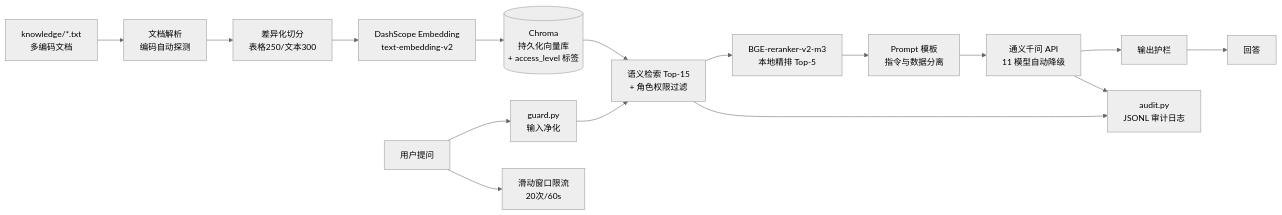
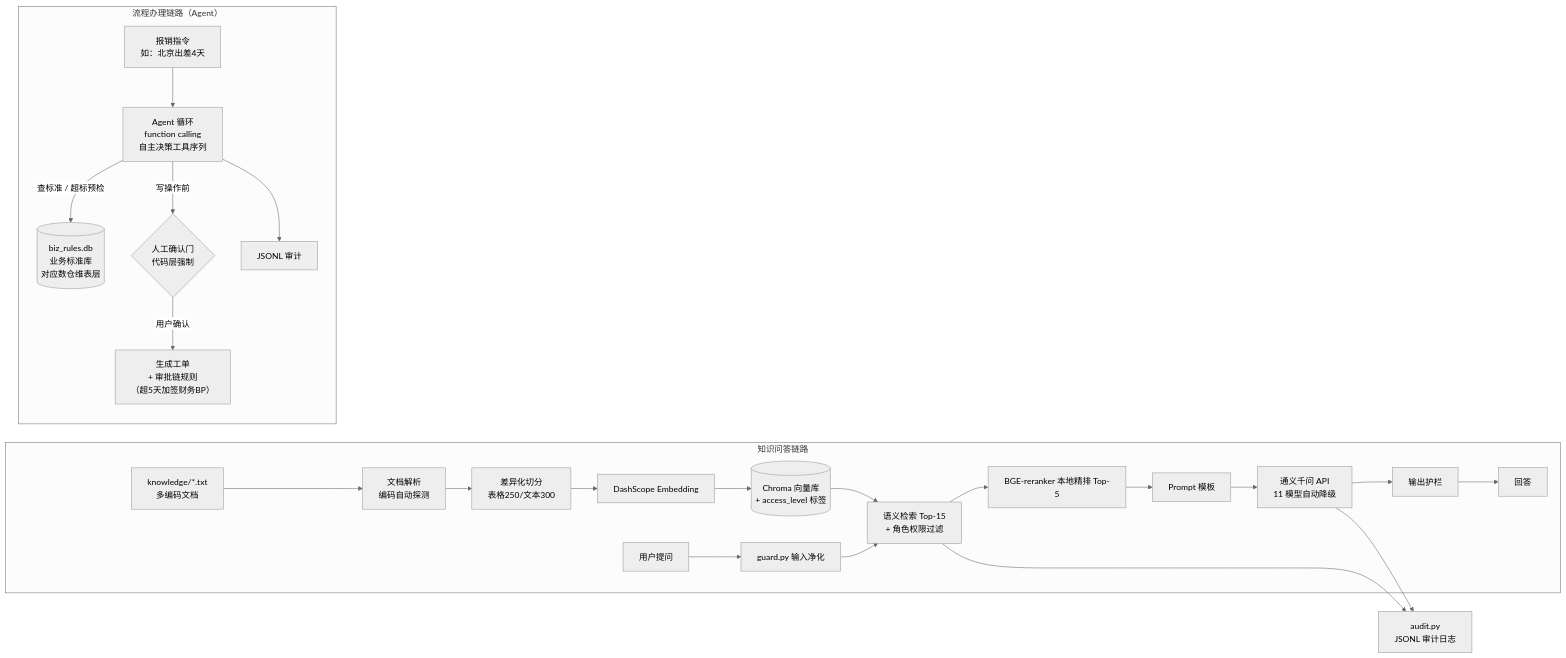
The diagram in README.md (qinkunda/finance-rag-agent), drawn with Mermaid (neutral theme) before and after one commit. The commit also changed other lines of this file, not shown here.

Commit message:
rename: finance-rag-agent; README架构图新增Agent链路

````diff
--- a/README.md
+++ b/README.md
@@ -20,18 +20,27 @@
 ```mermaid
 flowchart LR
-    A[knowledge/*.txt<br/>多编码文档] --> B[文档解析<br/>编码自动探测]
-    B --> C[差异化切分<br/>表格250/文本300]
-    C --> D[DashScope Embedding<br/>text-embedding-v2]
-    D --> E[(Chroma<br/>持久化向量库<br/>+ access_level 标签)]
-    Q[用户提问] --> G[guard.py<br/>输入净化]
-    G --> R[语义检索 Top-15<br/>+ 角色权限过滤]
-    E --> R
-    R --> N[BGE-reranker-v2-m3<br/>本地精排 Top-5]
-    N --> P[Prompt 模板<br/>指令与数据分离]
-    P --> L[通义千问 API<br/>11 模型自动降级]
-    L --> V[输出护栏]
-    V --> O[回答]
+    subgraph RAG["知识问答链路"]
+        A[knowledge/*.txt<br/>多编码文档] --> B[文档解析<br/>编码自动探测]
+        B --> C[差异化切分<br/>表格250/文本300]
+        C --> D[DashScope Embedding]
+        D --> E[(Chroma 向量库<br/>+ access_level 标签)]
+        Q[用户提问] --> G[guard.py 输入净化]
+        G --> R[语义检索 Top-15<br/>+ 角色权限过滤]
+        E --> R
+        R --> N[BGE-reranker 本地精排 Top-5]
+        N --> P[Prompt 模板]
+        P --> L[通义千问 API<br/>11 模型自动降级]
+        L --> V[输出护栏]
+        V --> O[回答]
+    end
+    subgraph AGT["流程办理链路（Agent）"]
+        U[报销指令<br/>如：北京出差4天] --> LOOP["Agent 循环<br/>function calling<br/>自主决策工具序列"]
+        DB[(biz_rules.db<br/>业务标准库<br/>对应数仓维表层)]
+        LOOP -->|查标准 / 超标预检| DB
+        LOOP -->|写操作前| GATE{"人工确认门<br/>代码层强制"}
+        GATE -->|用户确认| ORD["生成工单<br/>+ 审批链规则<br/>（超5天加签财务BP）"]
+        LOOP --> AUD2[JSONL 审计]
+    end
     R --> AUD[audit.py<br/>JSONL 审计日志]
     L --> AUD
-    Q --> RL[滑动窗口限流<br/>20次/60s]
 ```
````
